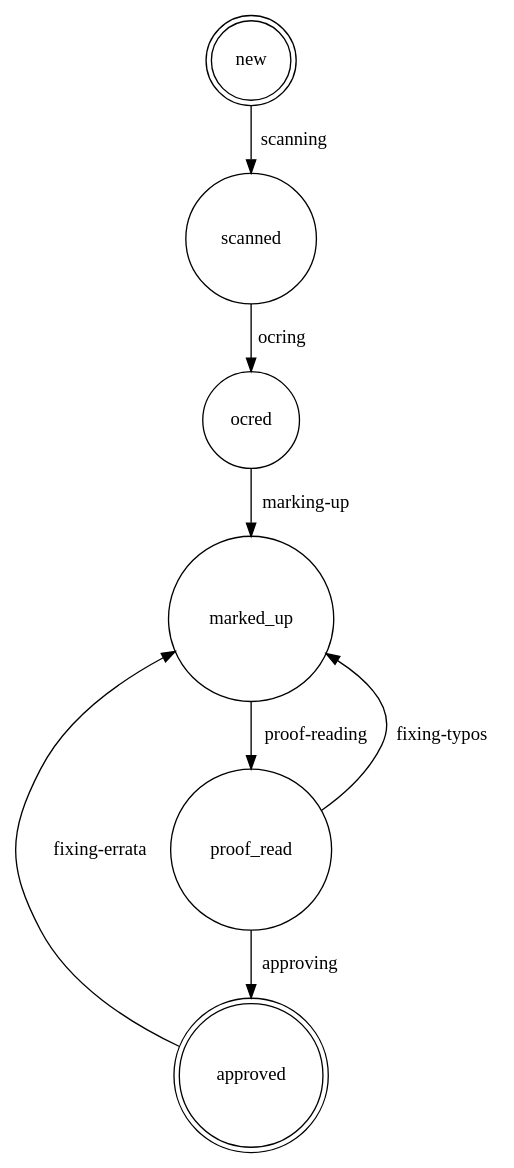
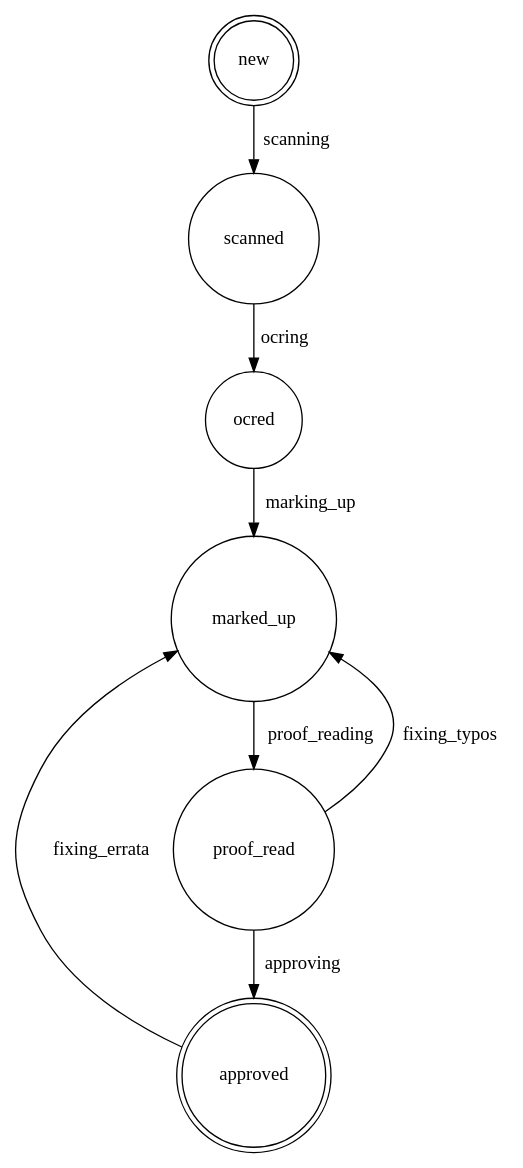
Before and after one commit to sbsdev/daisyproducer: the diagram in doc/stateMachine.dot, drawn with Graphviz. The commit also changed 1 other file, not shown here.

```diff
--- a/doc/stateMachine.dot
+++ b/doc/stateMachine.dot
@@ -1,11 +1,11 @@
 digraph finite_state_machine {
 	node [shape = doublecircle]; new approved;
 	node [shape = circle];
 	new -> scanned [ label = "scanning" ];
 	scanned -> ocred [ label = "ocring" ];
-	ocred -> marked_up [ label = "marking-up" ];
-	marked_up -> proof_read [ label = "proof-reading", weight=8 ];
+	ocred -> marked_up [ label = "marking_up" ];
+	marked_up -> proof_read [ label = "proof_reading", weight=8 ];
 	proof_read -> approved [ label = "approving", weight=8 ];
-	approved -> marked_up [ label = "fixing-errata" ];
-	proof_read -> marked_up [ label = "fixing-typos" ];
+	approved -> marked_up [ label = "fixing_errata" ];
+	proof_read -> marked_up [ label = "fixing_typos" ];
 }
```
